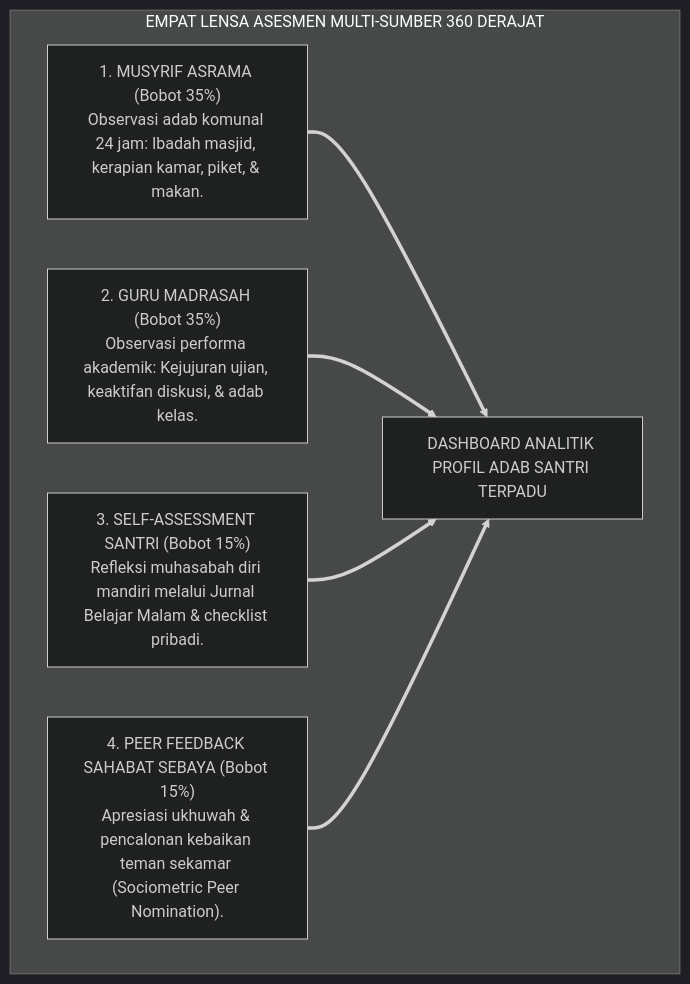
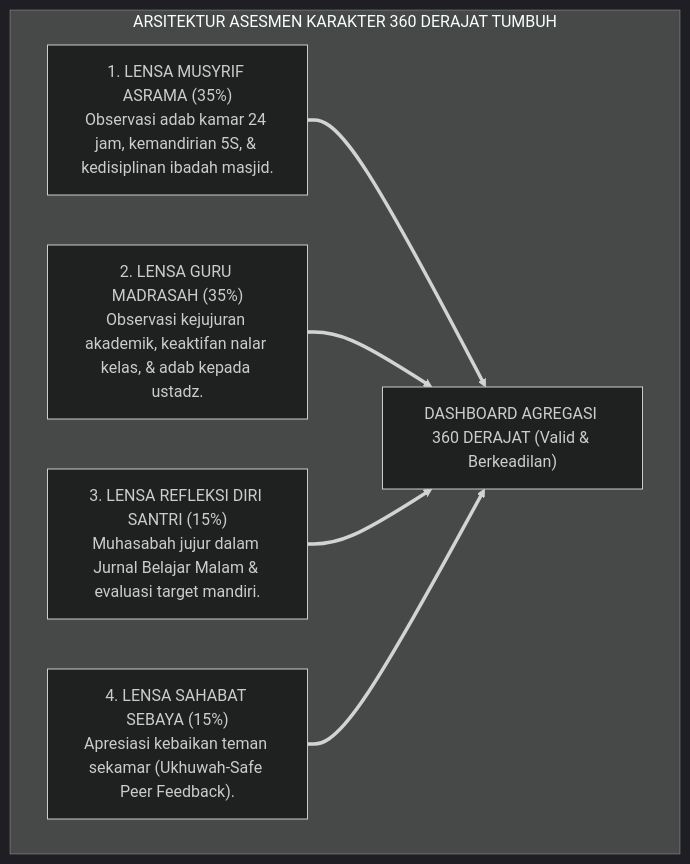
Before and after one commit to wandiapriliyandi/tumbuh: the second of 3 diagrams in 02 Principles/05 Assessment Principles/P2-05-03-Prinsip-Triangulasi-Data-Multi-Sumber.md, drawn with Mermaid (dark theme). The commit also changed other lines of this file and 6 other files, not shown here.

````diff
--- a/02 Principles/05 Assessment Principles/P2-05-03-Prinsip-Triangulasi-Data-Multi-Sumber.md
+++ b/02 Principles/05 Assessment Principles/P2-05-03-Prinsip-Triangulasi-Data-Multi-Sumber.md
@@ -107,16 +120,15 @@
 ```mermaid
-graph TD
-    subgraph EmpatLensaAsesmen360TUMBUH["EMPAT LENSA ASESMEN MULTI-SUMBER 360 DERAJAT"]
-        Lensa1["1. MUSYRIF ASRAMA (Bobot 35%)<br/>Observasi adab komunal 24 jam: Ibadah masjid, kerapian kamar, piket, & makan."]
+flowchart TD
+    subgraph ArsitekturAsesmen360TUMBUH["ARSITEKTUR ASESMEN KARAKTER 360 DERAJAT TUMBUH"]
         
-        Lensa2["2. GURU MADRASAH (Bobot 35%)<br/>Observasi performa akademik: Kejujuran ujian, keaktifan diskusi, & adab kelas."]
+        L1["1. LENSA MUSYRIF ASRAMA (35%)<br/>Observasi adab kamar 24 jam, kemandirian 5S, & kedisiplinan ibadah masjid."]
         
-        Lensa3["3. SELF-ASSESSMENT SANTRI (Bobot 15%)<br/>Refleksi muhasabah diri mandiri melalui Jurnal Belajar Malam & checklist pribadi."]
+        L2["2. LENSA GURU MADRASAH (35%)<br/>Observasi kejujuran akademik, keaktifan nalar kelas, & adab kepada ustadz."]
         
-        Lensa4["4. PEER FEEDBACK SAHABAT SEBAYA (Bobot 15%)<br/>Apresiasi ukhuwah & pencalonan kebaikan teman sekamar (Sociometric Peer Nomination)."]
+        L3["3. LENSA REFLEKSI DIRI SANTRI (15%)<br/>Muhasabah jujur dalam Jurnal Belajar Malam & evaluasi target mandiri."]
         
-        PusatData["DASHBOARD ANALITIK PROFIL ADAB SANTRI TERPADU"]
+        L4["4. LENSA SAHABAT SEBAYA (15%)<br/>Apresiasi kebaikan teman sekamar (Ukhuwah-Safe Peer Feedback)."]
         
-        Lensa1 & Lensa2 & Lensa3 & Lensa4 ==> PusatData
+        L1 & L2 & L3 & L4 ==> Agregasi360["DASHBOARD AGREGASI 360 DERAJAT (Valid & Berkeadilan)"]
     end
 ```
````
